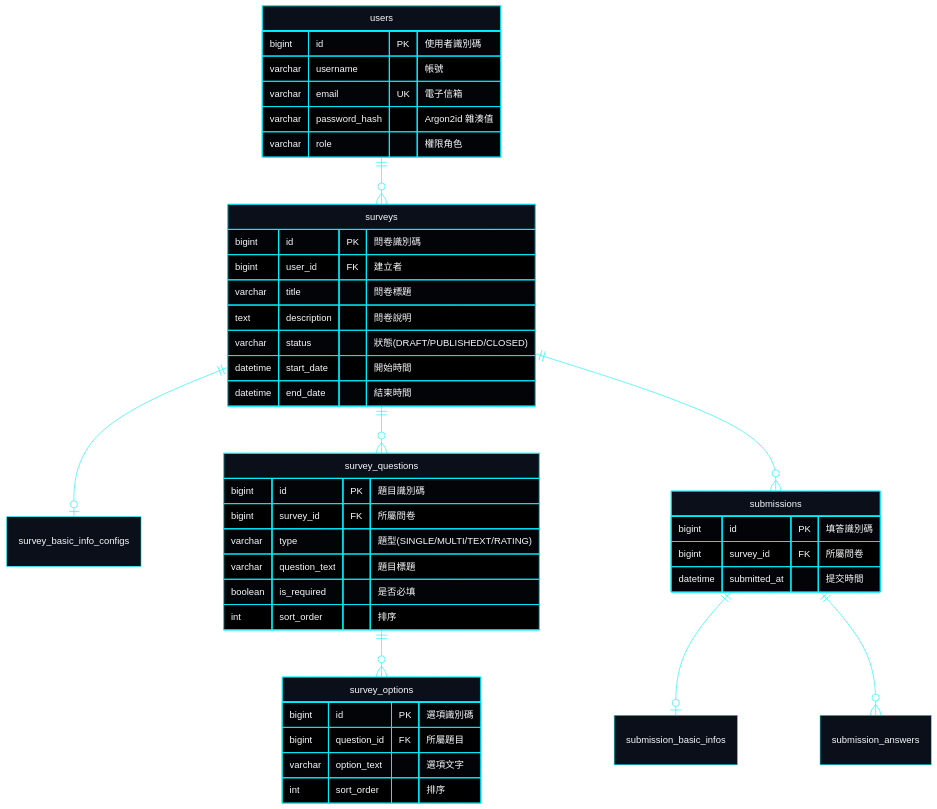
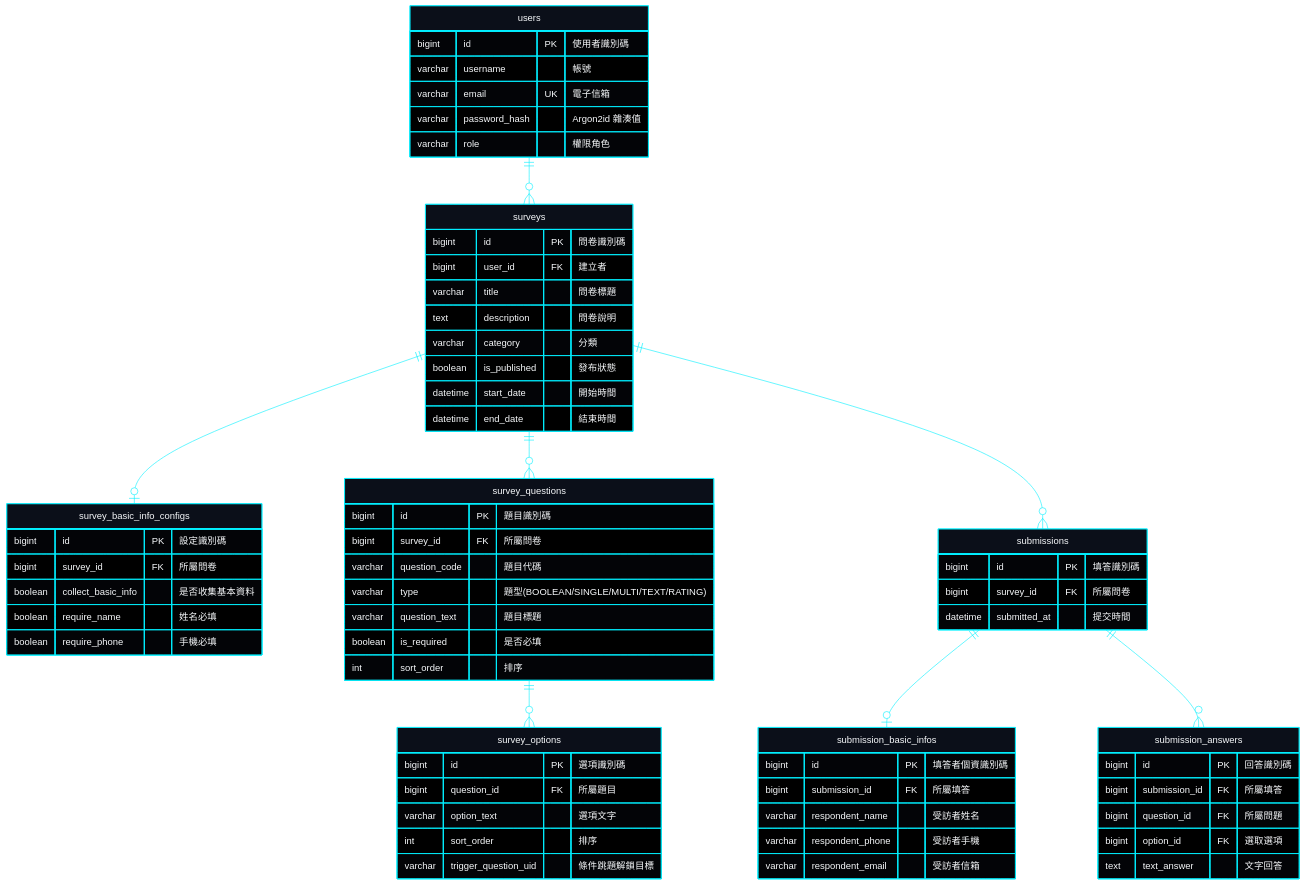
The second of 2 diagrams in README.md (EricXJason/survey-flow), drawn with Mermaid before and after one commit. The commit also changed other lines of this file, not shown here.

Commit message:
docs: update production readme with latest architecture

````diff
--- a/README.md
+++ b/README.md
@@ -55,51 +58,78 @@
 ```mermaid
 %%{init: {'theme': 'base', 'themeVariables': { 'darkMode': true, 'background': '#030712', 'primaryColor': '#0b0f19', 'primaryTextColor': '#f8fafc', 'primaryBorderColor': '#00f0ff', 'lineColor': '#00f0ff', 'attributeBackgroundColorOdd': '#060a14', 'attributeBackgroundColorEven': '#0b0f19' }, 'themeCSS': 'rect, .node rect { rx: 0px !important; ry: 0px !important; } .er.relationshipLabelBox { fill: none !important; stroke: none !important; display: none !important; }' }}%%
 erDiagram
     users ||--o{ surveys : " "
     surveys ||--o| survey_basic_info_configs : " "
     surveys ||--o{ survey_questions : " "
     surveys ||--o{ submissions : " "
     survey_questions ||--o{ survey_options : " "
     submissions ||--o| submission_basic_infos : " "
     submissions ||--o{ submission_answers : " "
 
     users {
         bigint id PK "使用者識別碼"
         varchar username "帳號"
         varchar email UK "電子信箱"
         varchar password_hash "Argon2id 雜湊值"
         varchar role "權限角色"
     }
 
     surveys {
         bigint id PK "問卷識別碼"
         bigint user_id FK "建立者"
         varchar title "問卷標題"
         text description "問卷說明"
-        varchar status "狀態(DRAFT/PUBLISHED/CLOSED)"
+        varchar category "分類"
+        boolean is_published "發布狀態"
         datetime start_date "開始時間"
         datetime end_date "結束時間"
+    }
+
+    survey_basic_info_configs {
+        bigint id PK "設定識別碼"
+        bigint survey_id FK "所屬問卷"
+        boolean collect_basic_info "是否收集基本資料"
+        boolean require_name "姓名必填"
+        boolean require_phone "手機必填"
     }
 
     survey_questions {
         bigint id PK "題目識別碼"
         bigint survey_id FK "所屬問卷"
-        varchar type "題型(SINGLE/MULTI/TEXT/RATING)"
+        varchar question_code "題目代碼"
+        varchar type "題型(BOOLEAN/SINGLE/MULTI/TEXT/RATING)"
         varchar question_text "題目標題"
         boolean is_required "是否必填"
         int sort_order "排序"
     }
 
     survey_options {
         bigint id PK "選項識別碼"
         bigint question_id FK "所屬題目"
         varchar option_text "選項文字"
         int sort_order "排序"
+        varchar trigger_question_uid "條件跳題解鎖目標"
     }
 
     submissions {
         bigint id PK "填答識別碼"
         bigint survey_id FK "所屬問卷"
         datetime submitted_at "提交時間"
     }
+
+    submission_basic_infos {
+        bigint id PK "填答者個資識別碼"
+        bigint submission_id FK "所屬填答"
+        varchar respondent_name "受訪者姓名"
+        varchar respondent_phone "受訪者手機"
+        varchar respondent_email "受訪者信箱"
+    }
+
+    submission_answers {
+        bigint id PK "回答識別碼"
+        bigint submission_id FK "所屬填答"
+        bigint question_id FK "所屬問題"
+        bigint option_id FK "選取選項"
+        text text_answer "文字回答"
+    }
 ```
````
